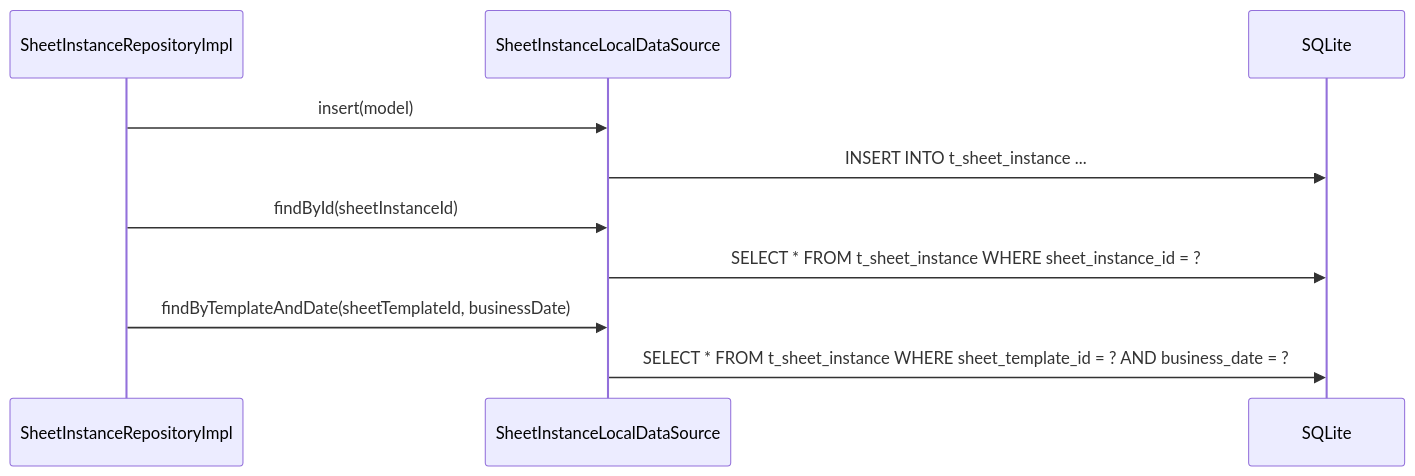
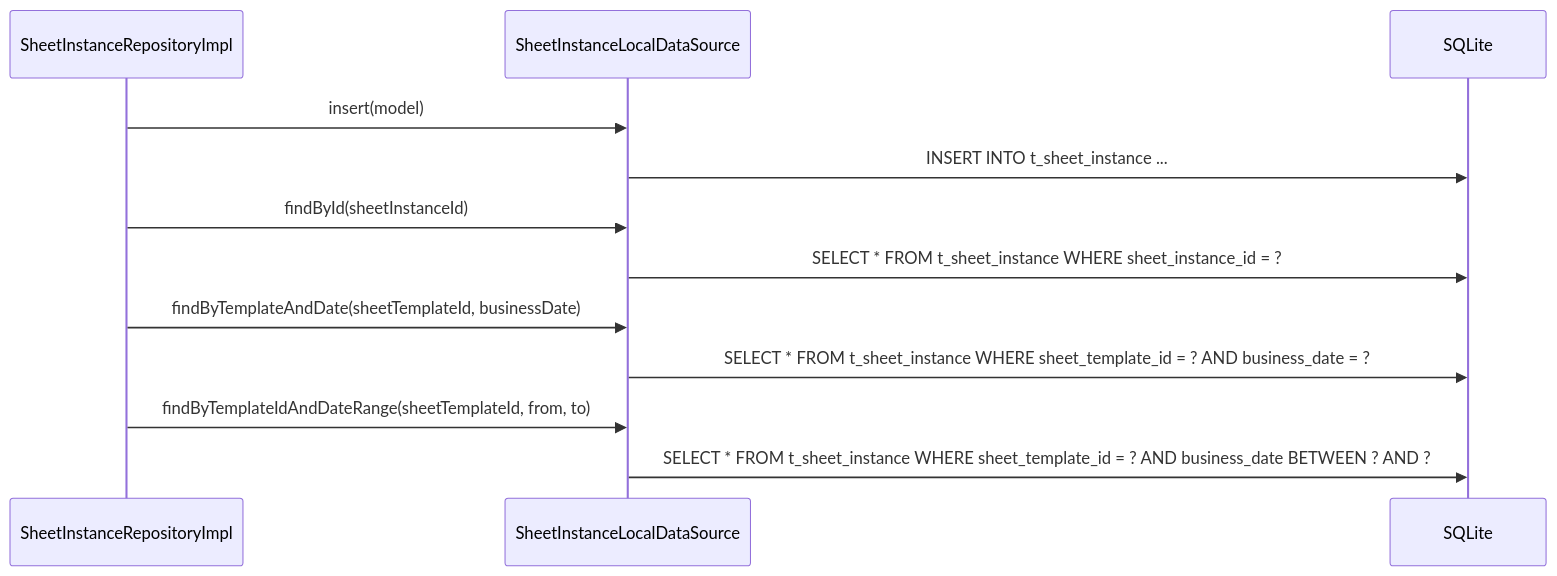
The diagram in docs/design/lib/src/features/voucher/data/datasources/sheet_instance_local_datasource.md (MinamiyamaKotaro/m3_pad), drawn with Mermaid before and after one commit. The commit also changed other lines of this file and 90 other files, not shown here.

````diff
--- a/docs/design/lib/src/features/voucher/data/datasources/sheet_instance_local_datasource.md
+++ b/docs/design/lib/src/features/voucher/data/datasources/sheet_instance_local_datasource.md
@@ -13,13 +14,15 @@
 ```mermaid
 sequenceDiagram
     participant R as SheetInstanceRepositoryImpl
     participant D as SheetInstanceLocalDataSource
     participant DB as SQLite
 
     R->>D: insert(model)
     D->>DB: INSERT INTO t_sheet_instance ...
     R->>D: findById(sheetInstanceId)
     D->>DB: SELECT * FROM t_sheet_instance WHERE sheet_instance_id = ?
     R->>D: findByTemplateAndDate(sheetTemplateId, businessDate)
     D->>DB: SELECT * FROM t_sheet_instance WHERE sheet_template_id = ? AND business_date = ?
+    R->>D: findByTemplateIdAndDateRange(sheetTemplateId, from, to)
+    D->>DB: SELECT * FROM t_sheet_instance WHERE sheet_template_id = ? AND business_date BETWEEN ? AND ?
 ```
````
